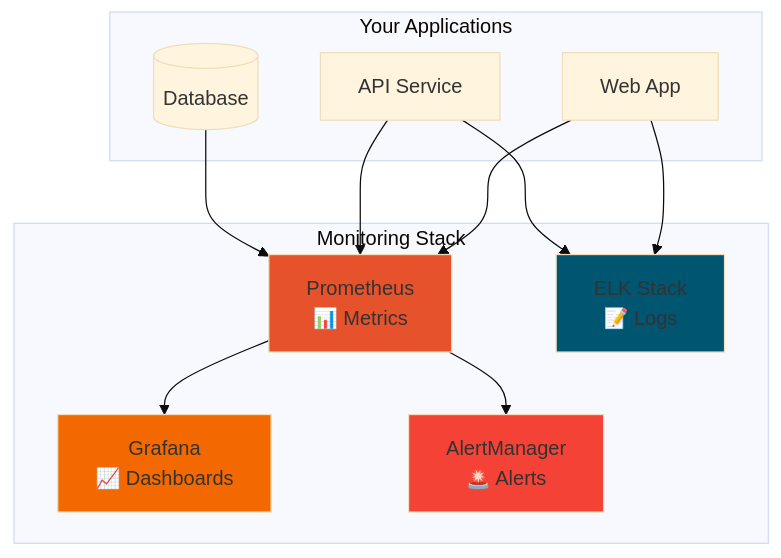
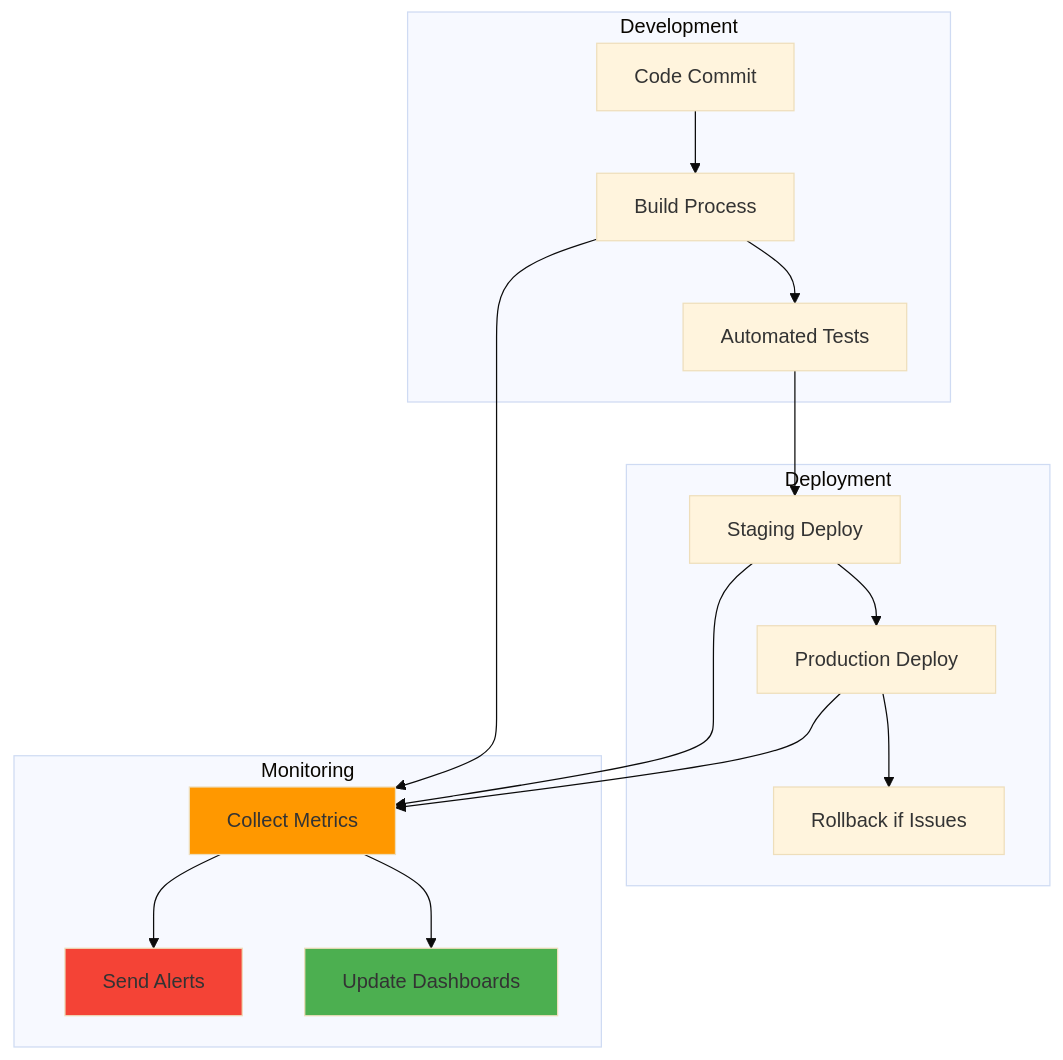
One commit to manikcloud/cloud-devops-learning-path changed the second of 2 diagrams in Section-2-DevOps/Session-10_Monitoring-Tools/README.md. Above: the diagram before and after it, drawn with Mermaid (base theme). The commit also changed other lines of this file, not shown here.

First line of the commit message:
📊 Update Session 10 README: Focus on DevOps CI/CD monitoring

````diff
--- a/Section-2-DevOps/Session-10_Monitoring-Tools/README.md
+++ b/Section-2-DevOps/Session-10_Monitoring-Tools/README.md
@@ -90,30 +152,36 @@
 ```mermaid
 graph TB
-    subgraph "Your Applications"
-        APP[Web App]
-        API[API Service]
-        DB[(Database)]
+    subgraph "Development"
+        CODE[Code Commit]
+        BUILD[Build Process]
+        TEST[Automated Tests]
     end
     
-    subgraph "Monitoring Stack"
-        PROM[Prometheus<br/>📊 Metrics]
-        GRAF[Grafana<br/>📈 Dashboards]
-        ELK[ELK Stack<br/>📝 Logs]
-        ALERT[AlertManager<br/>🚨 Alerts]
+    subgraph "Deployment"
+        STAGE[Staging Deploy]
+        PROD[Production Deploy]
+        ROLLBACK[Rollback if Issues]
     end
     
-    APP --> PROM
-    API --> PROM
-    DB --> PROM
+    subgraph "Monitoring"
+        METRICS[Collect Metrics]
+        ALERTS[Send Alerts]
+        DASHBOARD[Update Dashboards]
+    end
     
-    PROM --> GRAF
-    PROM --> ALERT
+    CODE --> BUILD
+    BUILD --> TEST
+    TEST --> STAGE
+    STAGE --> PROD
+    PROD --> ROLLBACK
     
-    APP --> ELK
-    API --> ELK
+    BUILD --> METRICS
+    STAGE --> METRICS
+    PROD --> METRICS
+    METRICS --> ALERTS
+    METRICS --> DASHBOARD
     
-    style PROM fill:#e6522c
-    style GRAF fill:#f46800
-    style ELK fill:#005571
-    style ALERT fill:#f44336
+    style METRICS fill:#ff9800
+    style ALERTS fill:#f44336
+    style DASHBOARD fill:#4caf50
 ```
````
